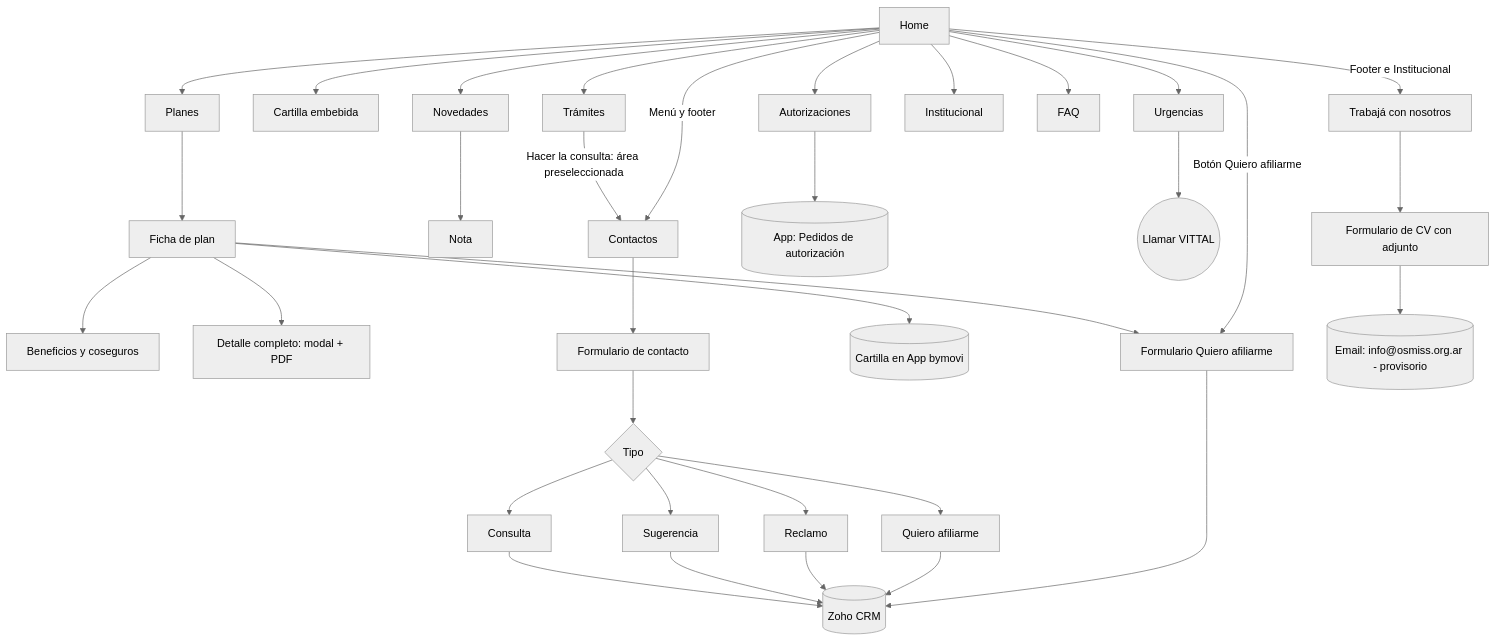
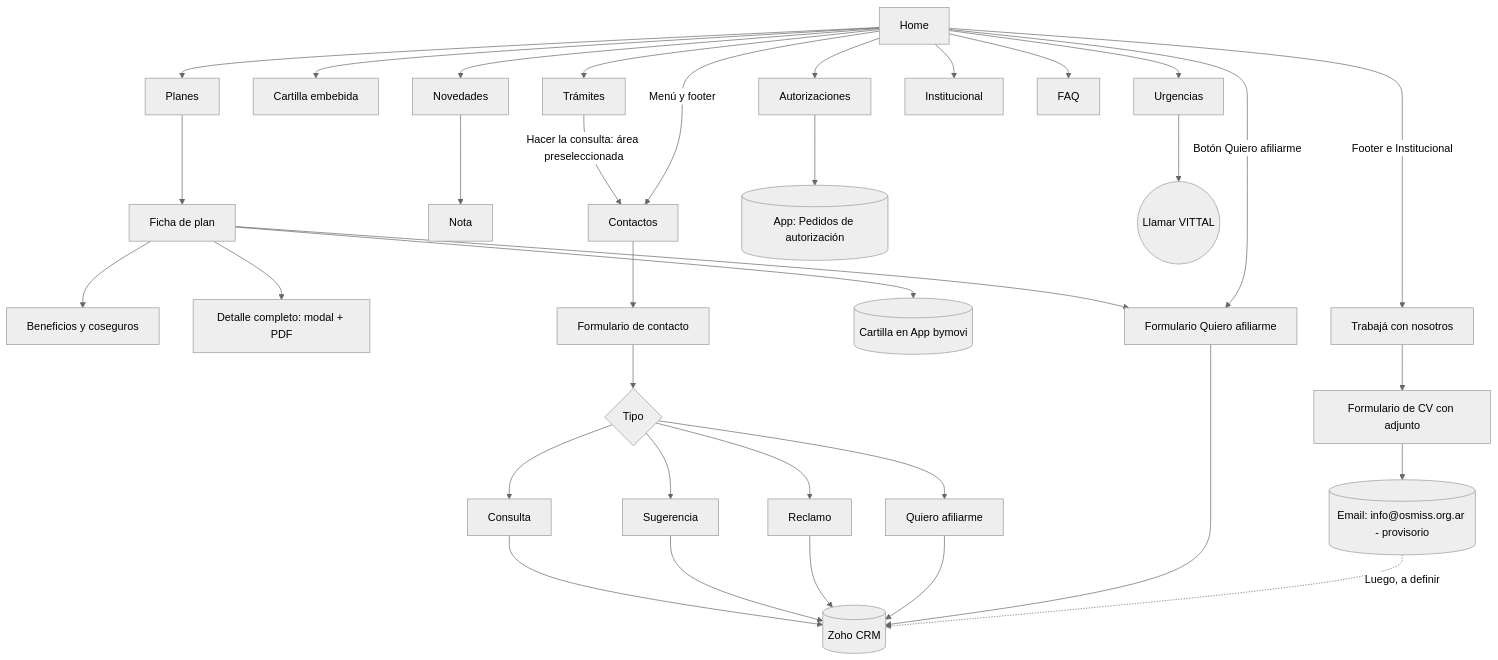
The diagram in MAPA-DEL-SITIO.md (eneue2020/web), drawn with Mermaid (neutral theme) before and after one commit. The commit also changed other lines of this file and 3 other files, not shown here.

First line of the commit message:
Mapa del sitio: los CV ingresan luego al CRM (a definir)

````diff
--- a/MAPA-DEL-SITIO.md
+++ b/MAPA-DEL-SITIO.md
@@ -59,32 +59,33 @@
 ```mermaid
 flowchart TD
     H[Home] --> P[Planes]
     P --> P1[Ficha de plan]
     P1 --> B[Beneficios y coseguros]
     P1 --> D[Detalle completo: modal + PDF]
     P1 --> A[Formulario Quiero afiliarme]
     P1 --> C[(Cartilla en App bymovi)]
     H --> CA[Cartilla embebida]
     H --> N[Novedades] --> N1[Nota]
     H --> T[Trámites] -->|Hacer la consulta: área preseleccionada| CO
     H --> AU[Autorizaciones] --> APP[(App: Pedidos de autorización)]
     H --> U[Urgencias] --> TEL((Llamar VITTAL))
     H --> I[Institucional]
     H --> F[FAQ]
     H -->|Menú y footer| CO[Contactos]
     H -->|Botón Quiero afiliarme| A
     CO --> FC[Formulario de contacto]
     FC --> TIPO{Tipo}
     TIPO --> T1[Consulta]
     TIPO --> T2[Sugerencia]
     TIPO --> T3[Reclamo]
     TIPO --> T4[Quiero afiliarme]
     T1 --> Z[(Zoho CRM)]
     T2 --> Z
     T3 --> Z
     T4 --> Z
     A --> Z
     H -->|Footer e Institucional| TR[Trabajá con nosotros]
     TR --> CV[Formulario de CV con adjunto]
     CV --> RH[(Email: info@osmiss.org.ar - provisorio)]
+    RH -.->|Luego, a definir| Z
 ```
````
